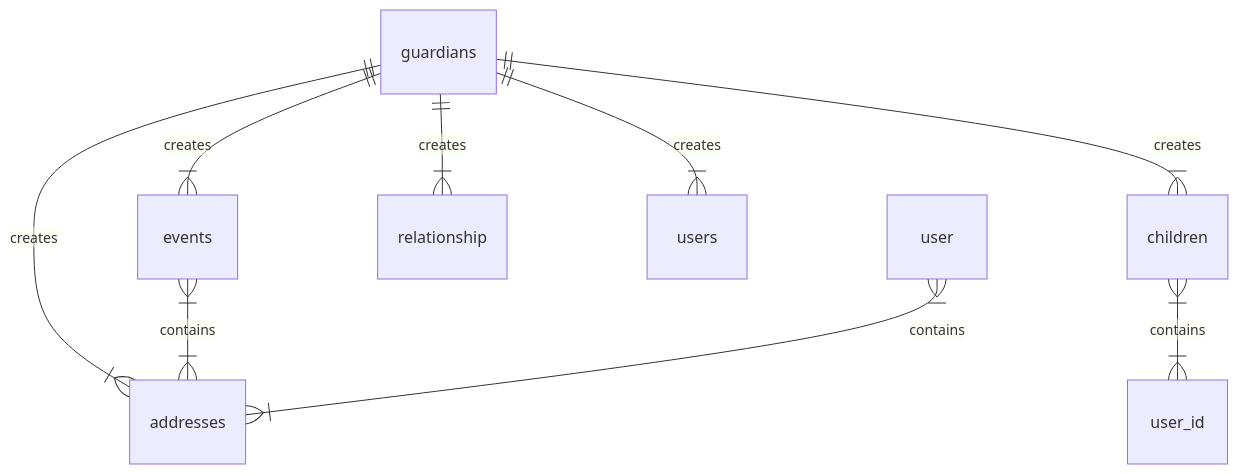
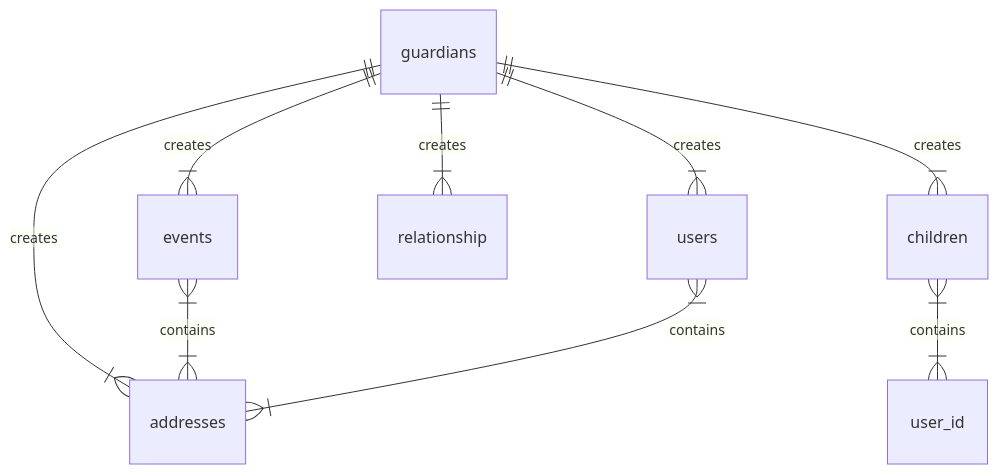
The first of 2 diagrams in README.md (ChrisUno/Childcare), drawn with Mermaid before and after one commit.

````diff
--- a/README.md
+++ b/README.md
@@ -33,12 +33,12 @@
 ``` mermaid
 erDiagram
           guardians ||--|{ events : "creates"
           guardians ||--|{ children : "creates"
           guardians ||--|{ addresses : "creates"
           guardians ||--|{ relationship : "creates"
           guardians ||--|{ users : "creates"
           events }|--|{ addresses : "contains"
           children }|--|{ user_id : "contains"
-          user }|--|{ addresses : "contains"
+          users }|--|{ addresses : "contains"
           
 ```
````
